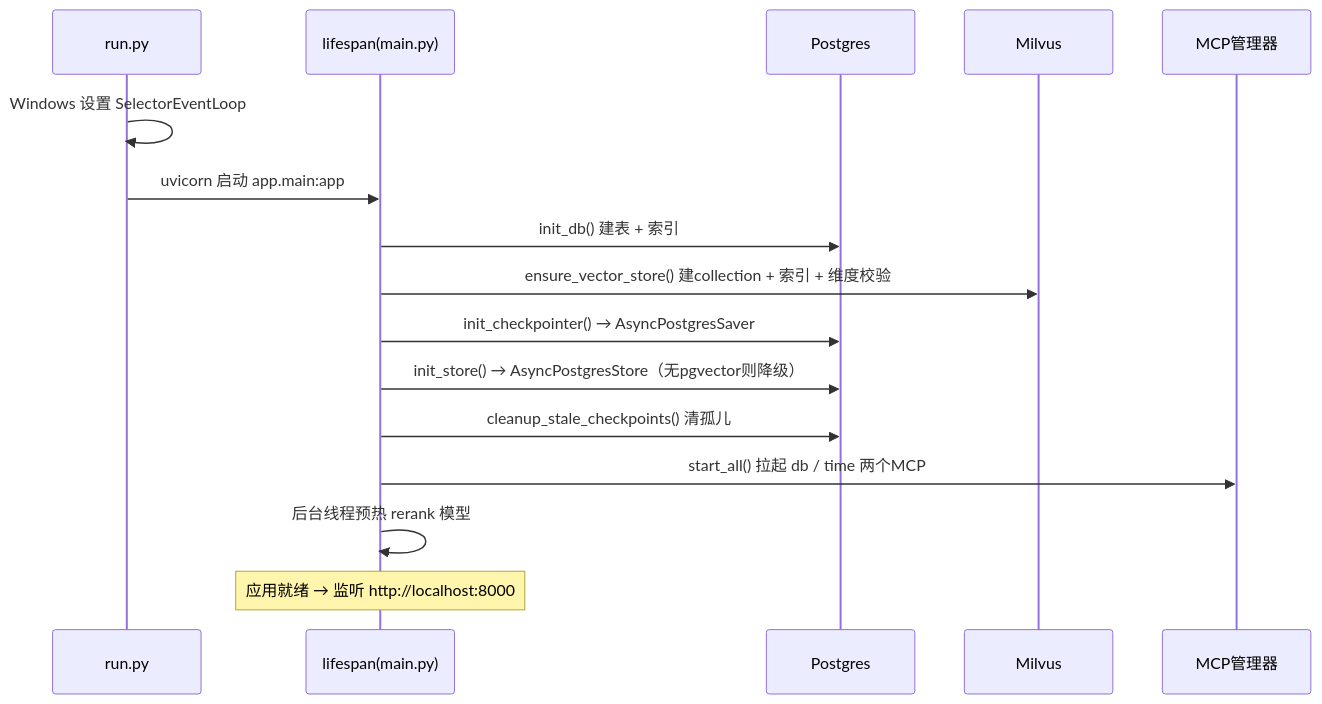
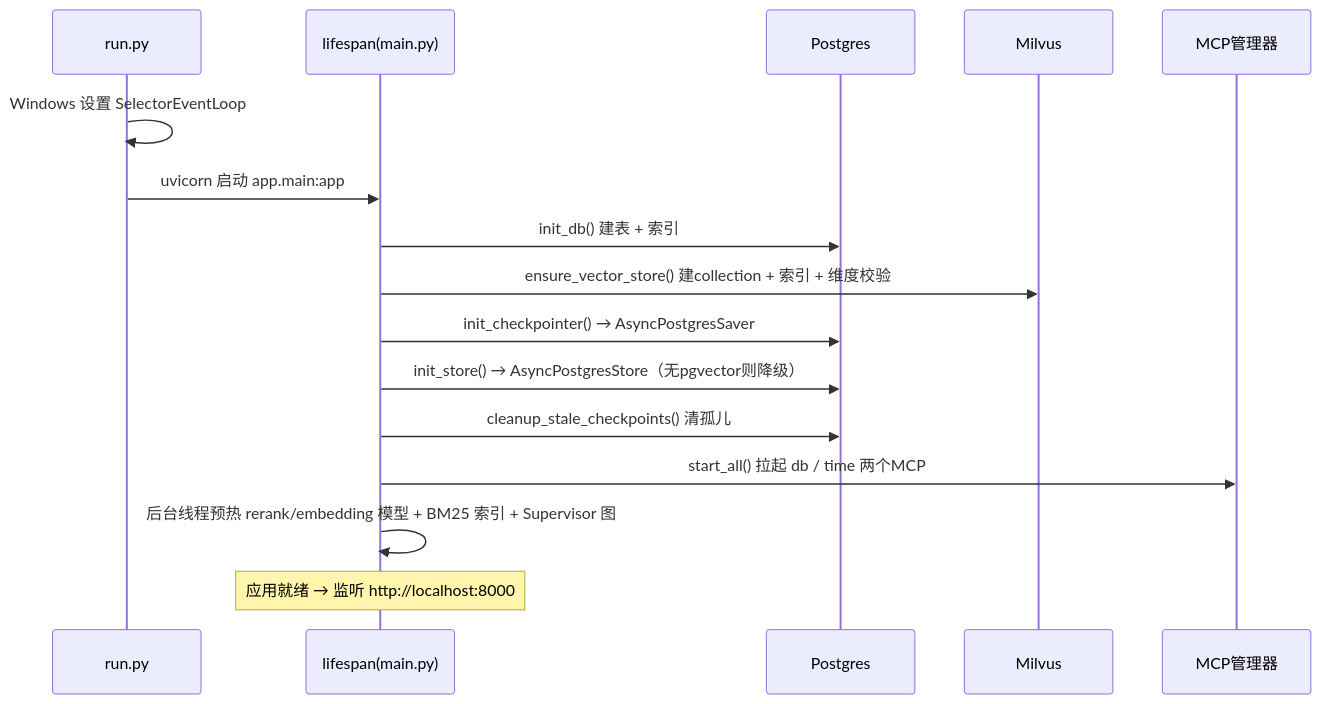
One commit to Zhuliqx/Agentchat changed the second of 9 diagrams in docs/EXPLAIN.md. Above: the diagram before and after it, drawn with Mermaid. The commit also changed other lines of this file and 60 other files, not shown here.

````diff
--- a/docs/EXPLAIN.md
+++ b/docs/EXPLAIN.md
@@ -122,18 +123,18 @@
 ```mermaid
 sequenceDiagram
     participant U as run.py
     participant L as lifespan(main.py)
     participant DB as Postgres
     participant MV as Milvus
     participant M as MCP管理器
     U->>U: Windows 设置 SelectorEventLoop
     U->>L: uvicorn 启动 app.main:app
     L->>DB: init_db() 建表 + 索引
     L->>MV: ensure_vector_store() 建collection + 索引 + 维度校验
     L->>DB: init_checkpointer() → AsyncPostgresSaver
     L->>DB: init_store() → AsyncPostgresStore（无pgvector则降级）
     L->>DB: cleanup_stale_checkpoints() 清孤儿
     L->>M: start_all() 拉起 db / time 两个MCP
-    L->>L: 后台线程预热 rerank 模型
+    L->>L: 后台线程预热 rerank/embedding 模型 + BM25 索引 + Supervisor 图
     Note over L: 应用就绪 → 监听 http://localhost:8000
 ```
````
